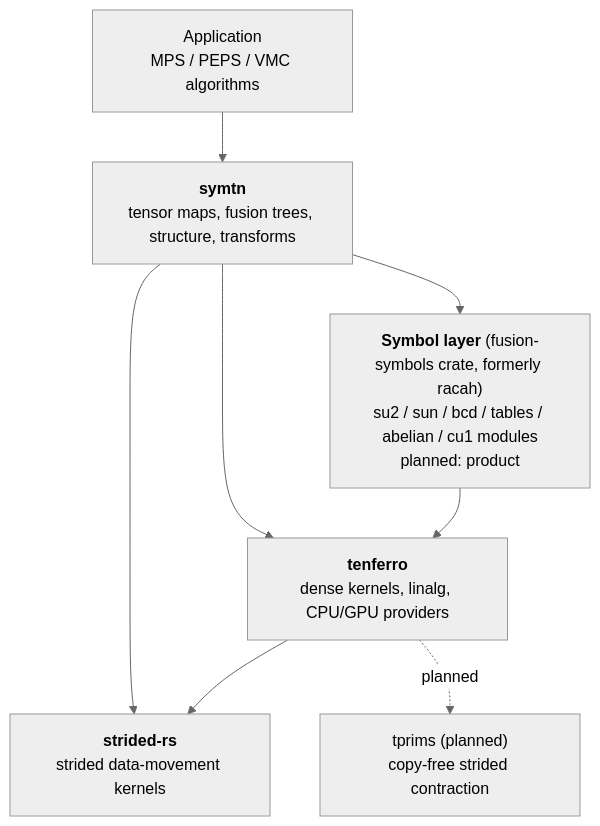
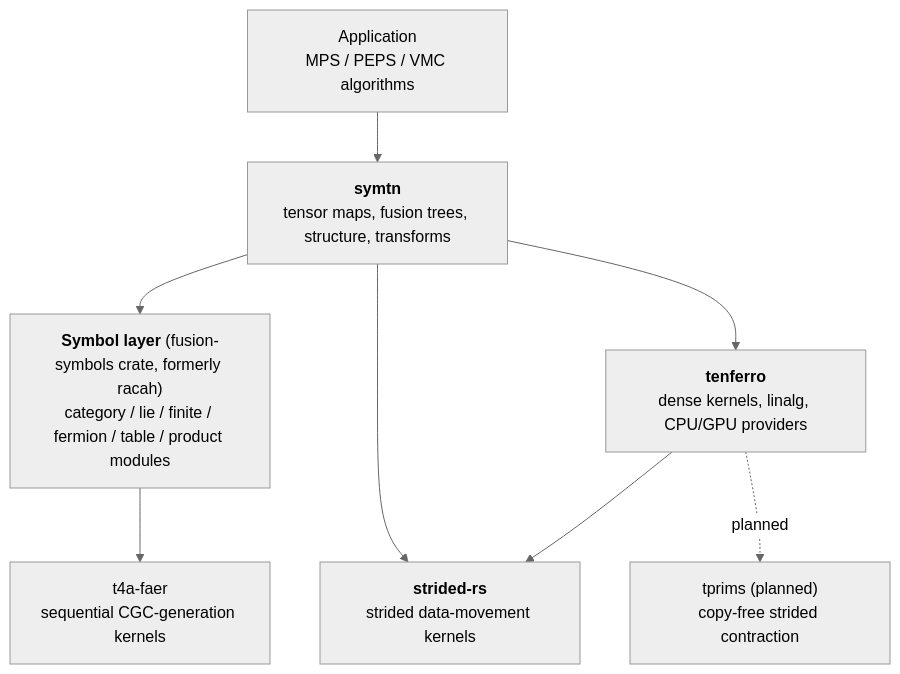
The first of 2 diagrams in docs/layering.md (Ryo-wtnb11/symtn-rs), drawn with Mermaid (neutral theme) before and after one commit. The commit also changed other lines of this file and 217 other files, not shown here.

First line of the commit message:
Adopt fusion-symbols 0.5.1

````diff
--- a/docs/layering.md
+++ b/docs/layering.md
@@ -22,16 +22,16 @@
 ```mermaid
 flowchart TB
     APP["Application<br/>MPS / PEPS / VMC algorithms"]
     SYMTN["<b>symtn</b><br/>tensor maps, fusion trees, structure, transforms"]
-    SYM["<b>Symbol layer</b> (fusion-symbols crate, formerly racah)<br/>su2 / sun / bcd / tables / abelian / cu1 modules<br/>planned: product"]
+    SYM["<b>Symbol layer</b> (fusion-symbols crate, formerly racah)<br/>category / lie / finite / fermion / table / product modules"]
     DENSE["<b>tenferro</b><br/>dense kernels, linalg, CPU/GPU providers"]
     STR["<b>strided-rs</b><br/>strided data-movement kernels"]
     PRIMS["tprims (planned)<br/>copy-free strided contraction"]
     APP --> SYMTN
     SYMTN --> SYM
     SYMTN --> DENSE
     SYMTN --> STR
     DENSE --> STR
     DENSE -.planned.-> PRIMS
-    SYM --> DENSE
+    SYM --> FAER["t4a-faer<br/>sequential CGC-generation kernels"]
 ```
````
